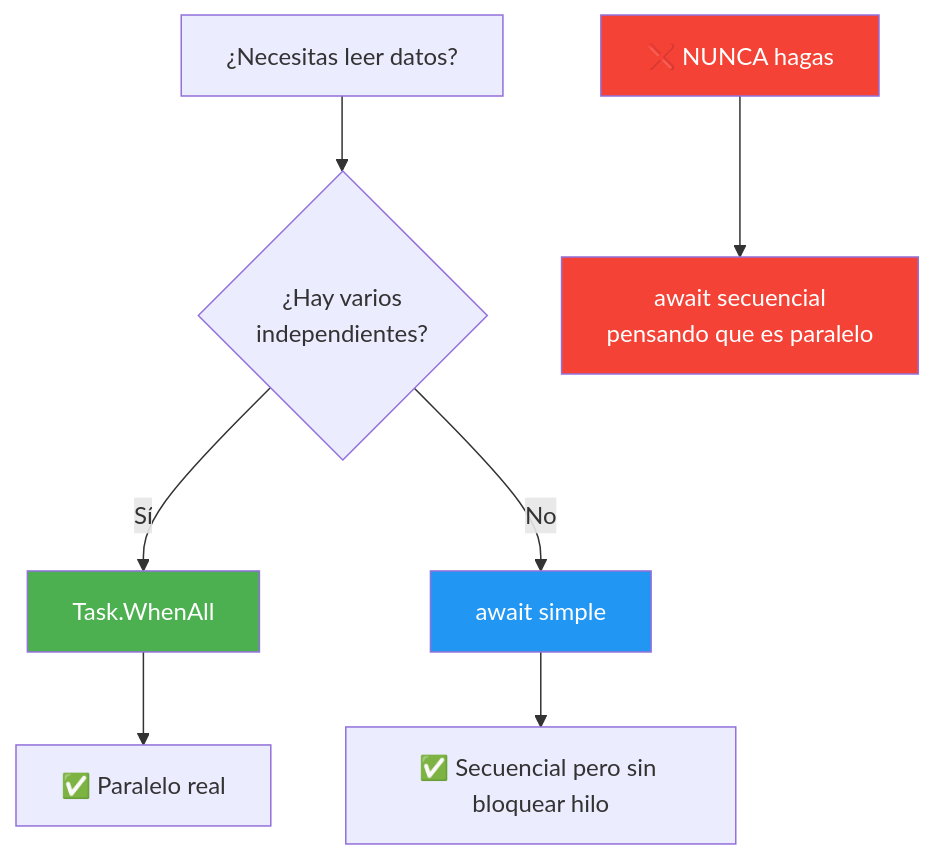
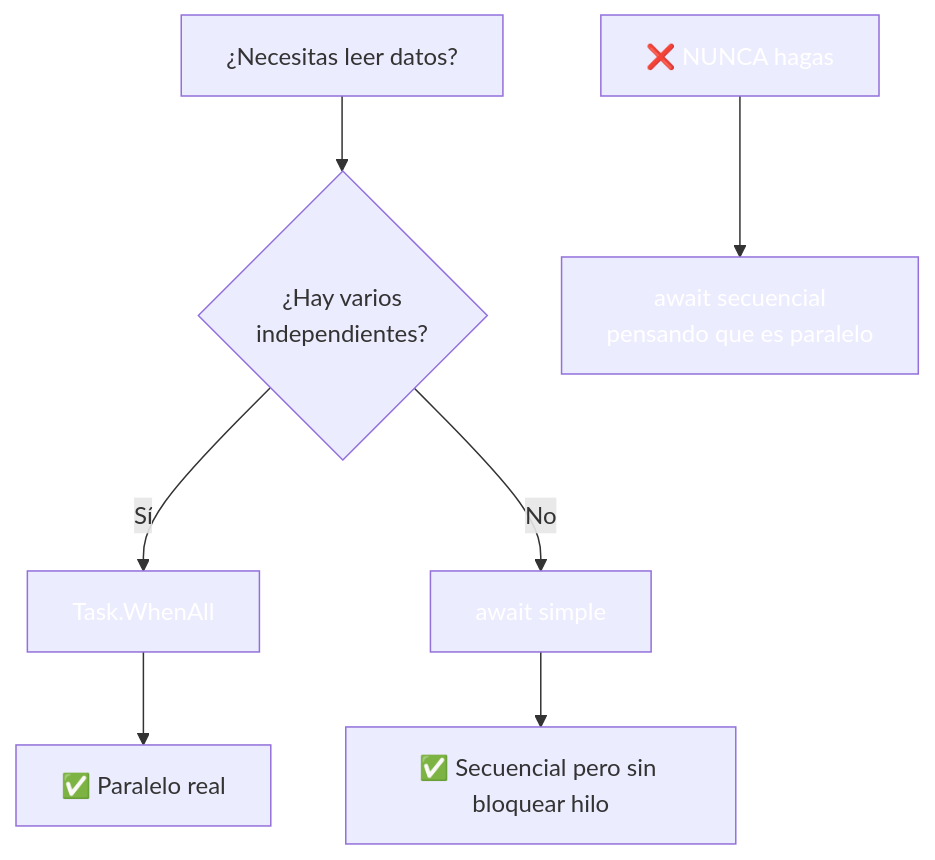
The second of 2 diagrams in soluciones/15-SincroniaVsAsyncronia/README.md (joseluisgs/DesarrolloWebEntornosServidor-01-2026-2027), drawn with Mermaid before and after one commit. The commit also changed other lines of this file and 66 other files, not shown here.

First line of the commit message:
fix: normalizar titulos al castellano de frase y corregir la paleta de mermaid

````diff
--- a/soluciones/15-SincroniaVsAsyncronia/README.md
+++ b/soluciones/15-SincroniaVsAsyncronia/README.md
@@ -120,16 +120,16 @@
 ```mermaid
 graph TD
     A[¿Necesitas leer datos?] --> B{¿Hay varios<br/>independientes?}
     B -->|Sí| C[Task.WhenAll]
     B -->|No| D[await simple]
     
     C --> E[✅ Paralelo real]
     D --> F[✅ Secuencial pero sin bloquear hilo]
     
     G[❌ NUNCA hagas] --> H[await secuencial<br/>pensando que es paralelo]
     
-    style C fill:#4CAF50,color:#fff
-    style D fill:#2196F3,color:#fff
-    style H fill:#f44336,color:#fff
-    style G fill:#f44336,color:#fff
+    style C fill:#4CAF5,color:#fff0,color:#fff
+    style D fill:#2196F,color:#fff3,color:#fff
+    style H fill:#f4433,color:#fff6,color:#fff
+    style G fill:#f4433,color:#fff6,color:#fff
 ```
````
